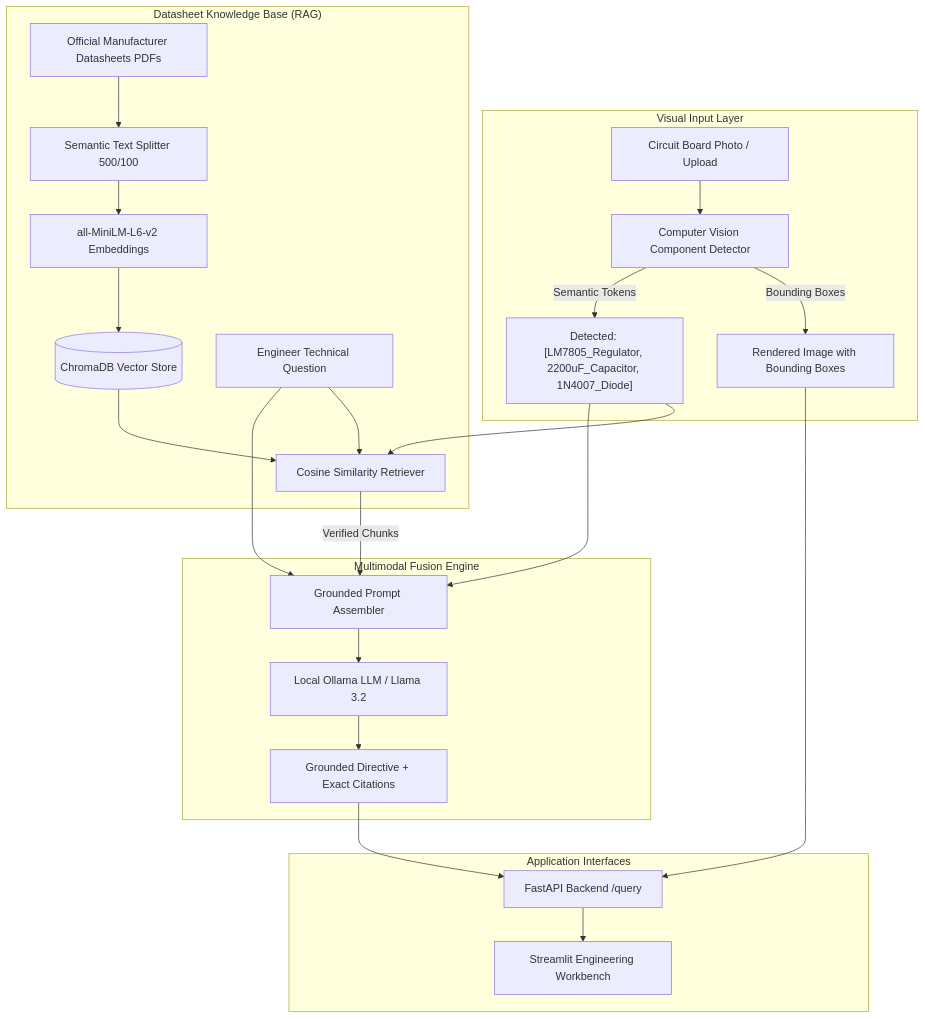
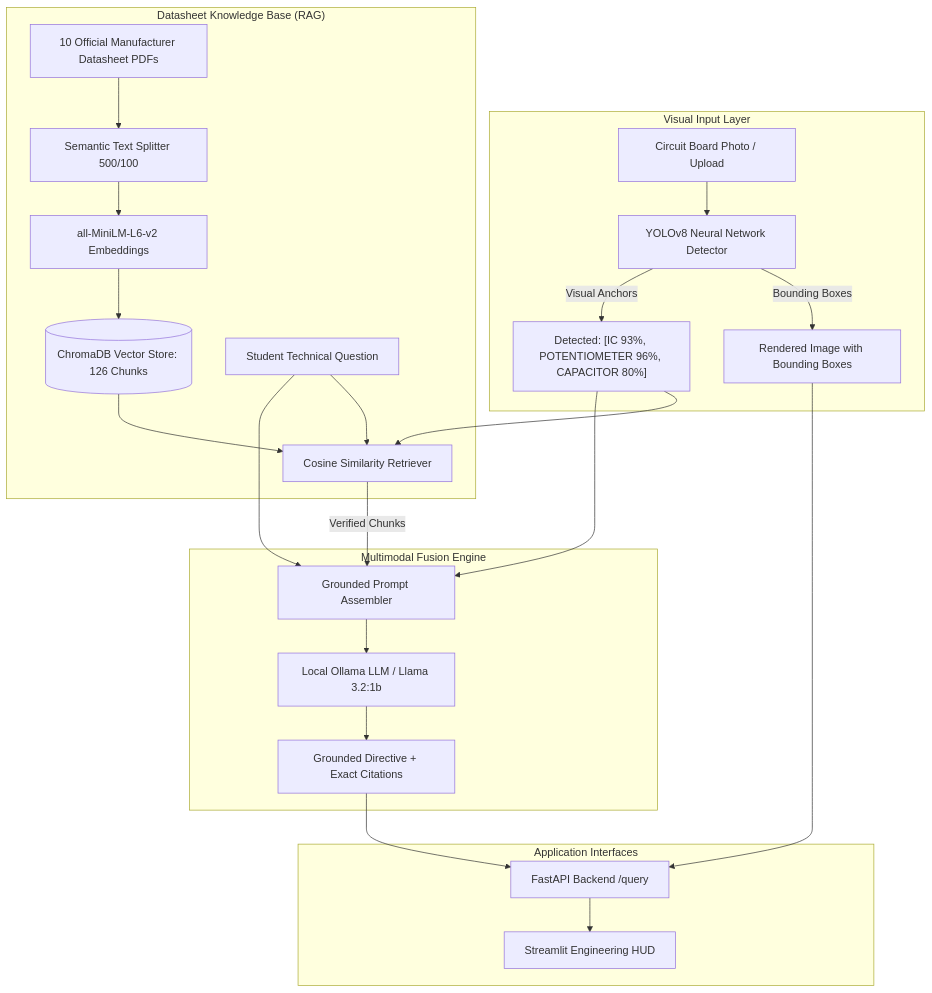
One commit to Ziad-7/pcb-circuit-copilot changed the diagram in README.md. Above: the diagram before and after it, drawn with Mermaid. The commit also changed other lines of this file, not shown here.

Commit message:
Docs(README): Add step-by-step setup guide, prerequisites, curl API reference, env vars table, and evaluation matrix

````diff
--- a/README.md
+++ b/README.md
@@ -17,31 +17,31 @@
 ```mermaid
 flowchart TD
     subgraph "Visual Input Layer"
-        IMG[Circuit Board Photo / Upload] --> DETECT[Computer Vision Component Detector]
+        IMG[Circuit Board Photo / Upload] --> DETECT[YOLOv8 Neural Network Detector]
         DETECT -->|Bounding Boxes| BBOX["Rendered Image with Bounding Boxes"]
-        DETECT -->|Semantic Tokens| TOK["Detected: [LM7805_Regulator, 2200uF_Capacitor, 1N4007_Diode]"]
+        DETECT -->|Visual Anchors| TOK["Detected: [IC 93%, POTENTIOMETER 96%, CAPACITOR 80%]"]
     end
 
     subgraph "Datasheet Knowledge Base (RAG)"
-        PDFs[Official Manufacturer Datasheets PDFs] --> CHUNK[Semantic Text Splitter 500/100]
+        PDFs[10 Official Manufacturer Datasheet PDFs] --> CHUNK[Semantic Text Splitter 500/100]
         CHUNK --> EMB[all-MiniLM-L6-v2 Embeddings]
-        EMB --> CHROMA[(ChromaDB Vector Store)]
+        EMB --> CHROMA[(ChromaDB Vector Store: 126 Chunks)]
         TOK --> RETR[Cosine Similarity Retriever]
-        USER_Q[Engineer Technical Question] --> RETR
+        USER_Q[Student Technical Question] --> RETR
         CHROMA --> RETR
     end
 
     subgraph "Multimodal Fusion Engine"
         TOK --> FUSION[Grounded Prompt Assembler]
         RETR -->|Verified Chunks| FUSION
         USER_Q --> FUSION
-        FUSION --> LLM[Local Ollama LLM / Llama 3.2]
+        FUSION --> LLM[Local Ollama LLM / Llama 3.2:1b]
         LLM --> ANS[Grounded Directive + Exact Citations]
     end
 
     subgraph "Application Interfaces"
         ANS --> API[FastAPI Backend /query]
         BBOX --> API
-        API --> UI[Streamlit Engineering Workbench]
+        API --> UI[Streamlit Engineering HUD]
     end
 ```
````
